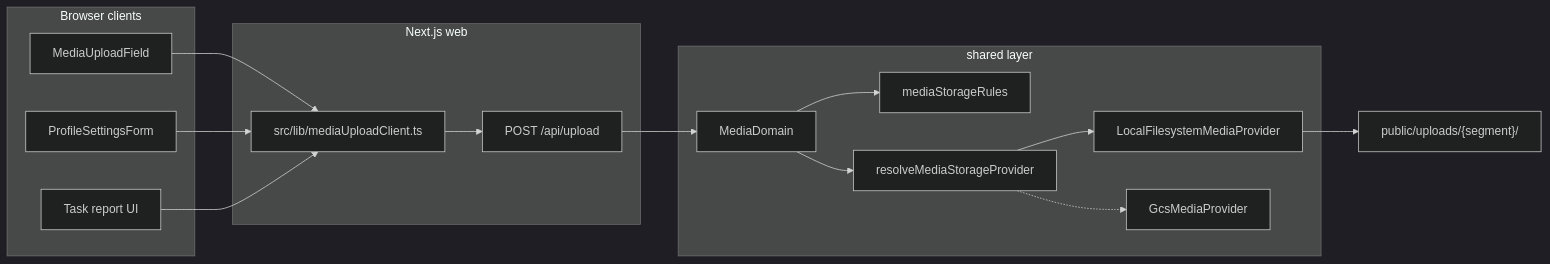
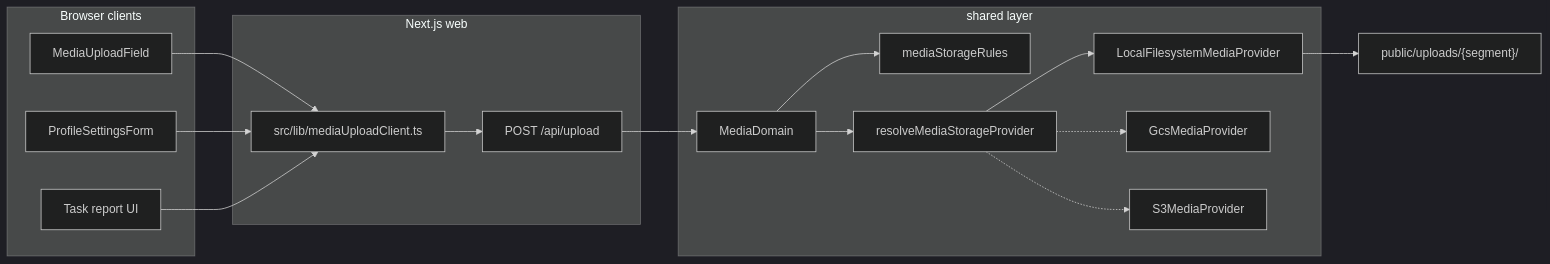
The diagram in .ai/docs/features/media_storage.md (Loggy-4ya/system-for-local-organization), drawn with Mermaid (dark theme) before and after one commit. The commit also changed other lines of this file and 48 other files, not shown here.

````diff
--- a/.ai/docs/features/media_storage.md
+++ b/.ai/docs/features/media_storage.md
@@ -23,32 +23,34 @@
 ```mermaid
 flowchart LR
   subgraph clients [Browser clients]
     Puck[MediaUploadField]
     Profile[ProfileSettingsForm]
     Future[Task report UI]
   end
 
   subgraph web [Next.js web]
     API["POST /api/upload"]
     Client[src/lib/mediaUploadClient.ts]
   end
 
   subgraph shared [shared layer]
     Domain[MediaDomain]
     Rules[mediaStorageRules]
     Provider[resolveMediaStorageProvider]
     Local[LocalFilesystemMediaProvider]
     GCS[GcsMediaProvider]
+    S3[S3MediaProvider]
   end
 
   Puck --> Client
   Profile --> Client
   Future --> Client
   Client --> API
   API --> Domain
   Domain --> Rules
   Domain --> Provider
   Provider --> Local
   Provider -.-> GCS
+  Provider -.-> S3
   Local --> Public["public/uploads/{segment}/"]
 ```
````
